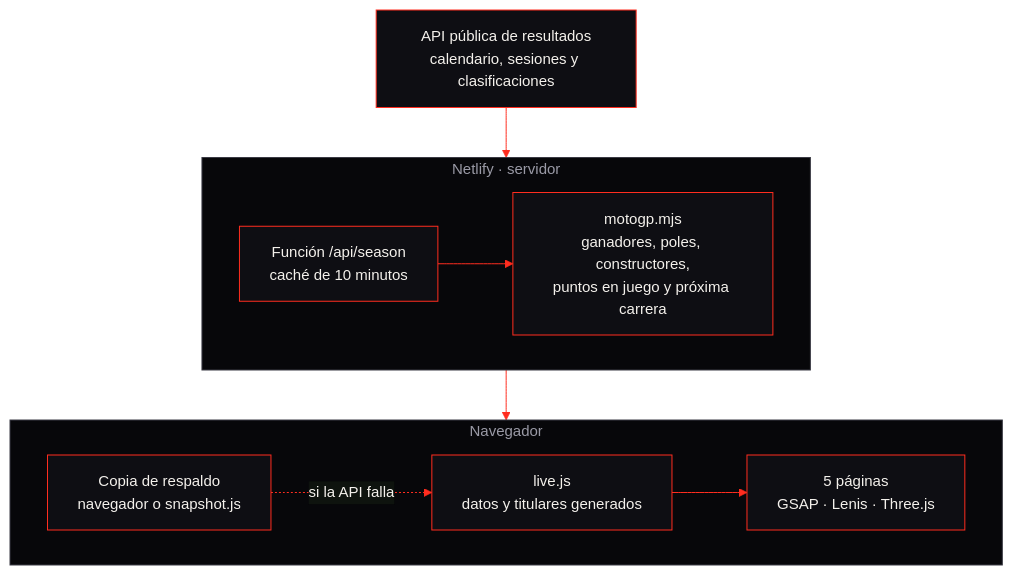
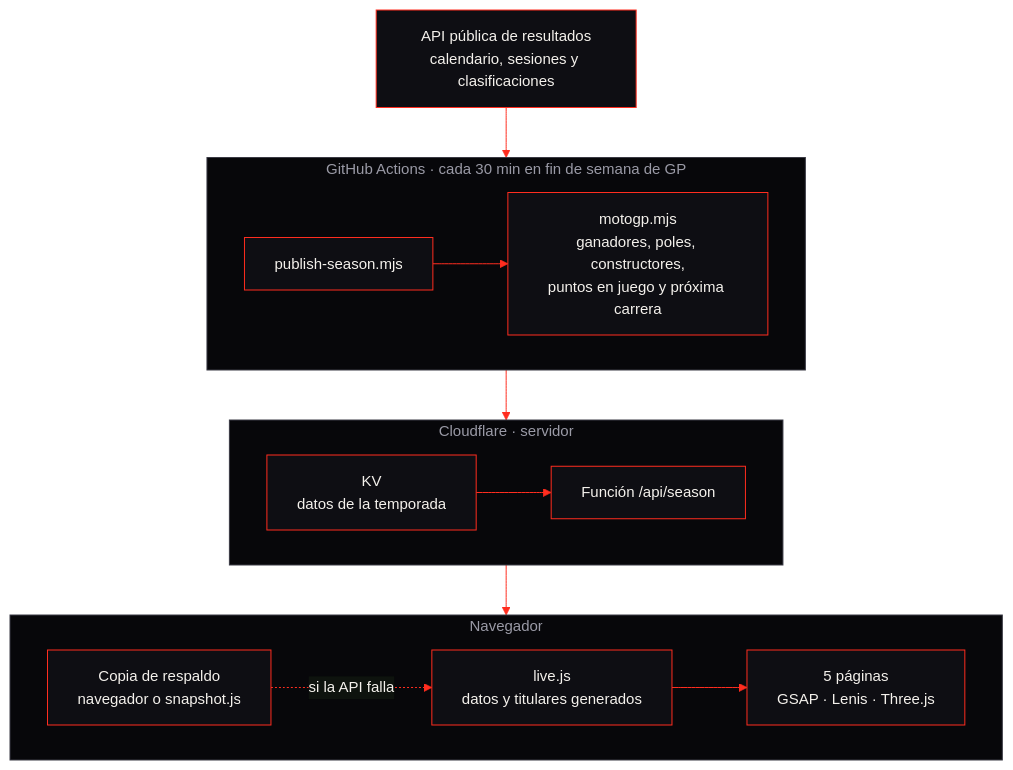
Before and after one commit to cristian-corroto/redline-26: the diagram in README.md, drawn with Mermaid. The commit also changed other lines of this file and 7 other files, not shown here.

````diff
--- a/README.md
+++ b/README.md
@@ -71,18 +72,24 @@
 ```mermaid
 %%{init: {"theme": "base", "themeVariables": {"primaryColor": "#0E0E13", "primaryTextColor": "#F4F1EC", "primaryBorderColor": "#FF2D1F", "lineColor": "#FF2D1F", "clusterBkg": "#07070A", "clusterBorder": "#3A3A44", "titleColor": "#9A9AA6", "fontSize": "15px"}}}%%
 flowchart TB
     API["API pública de resultados<br/>calendario, sesiones y clasificaciones"]
 
-    subgraph Netlify["Netlify · servidor"]
+    subgraph GH["GitHub Actions · cada 30 min en fin de semana de GP"]
         direction LR
-        Fn["Función /api/season<br/>caché de 10 minutos"] --> Calc["motogp.mjs<br/>ganadores, poles, constructores,<br/>puntos en juego y próxima carrera"]
+        Job["publish-season.mjs"] --> Calc["motogp.mjs<br/>ganadores, poles, constructores,<br/>puntos en juego y próxima carrera"]
+    end
+
+    subgraph CF["Cloudflare · servidor"]
+        direction LR
+        KV["KV<br/>datos de la temporada"] --> Fn["Función /api/season"]
     end
 
     subgraph Web["Navegador"]
         direction LR
         Copia["Copia de respaldo<br/>navegador o snapshot.js"] -.->|si la API falla| Live["live.js<br/>datos y titulares generados"] --> Pages["5 páginas<br/>GSAP · Lenis · Three.js"]
     end
 
-    API --> Fn
-    Calc --> Live
+    API --> Job
+    Calc --> KV
+    Fn --> Live
 ```
````
